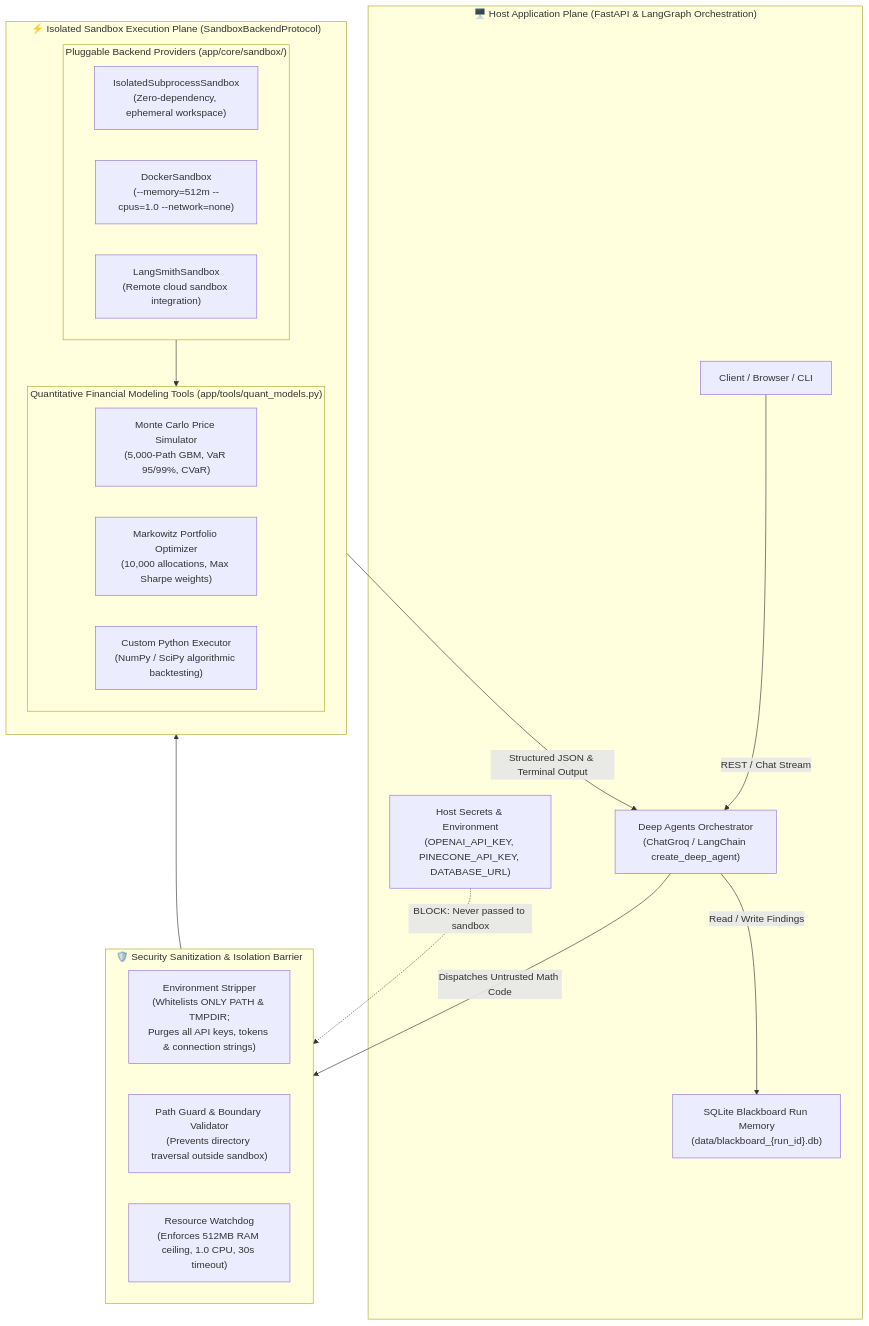
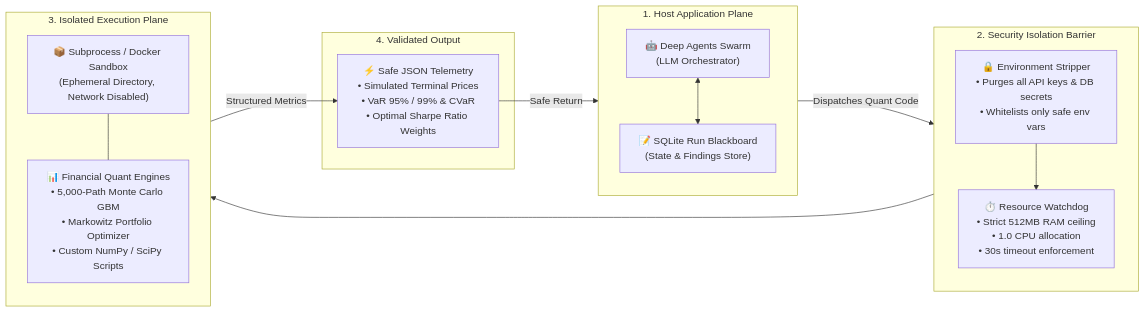
Diagram 14 of 14 in README.md (ambideXtrous9/Langchain-Langgraph-Notebooks), drawn with Mermaid before and after one commit. The commit also changed other lines of this file and 3 other files, not shown here.

Commit message:
docs(readme): simplify system and sandbox architecture diagrams and remove report images

````diff
--- a/README.md
+++ b/README.md
@@ -836,39 +776,32 @@
 ```mermaid
-flowchart TD
-    subgraph HostPlane ["🖥️ Host Application Plane (FastAPI & LangGraph Orchestration)"]
-        User["Client / Browser / CLI"]
-        LLM["Deep Agents Orchestrator\n(ChatGroq / LangChain create_deep_agent)"]
-        Blackboard["SQLite Blackboard Run Memory\n(data/blackboard_{run_id}.db)"]
-        Secrets["Host Secrets & Environment\n(OPENAI_API_KEY, PINECONE_API_KEY, DATABASE_URL)"]
+flowchart LR
+    subgraph Host ["1. Host Application Plane"]
+        direction TB
+        Agent["🤖 Deep Agents Swarm\n(LLM Orchestrator)"]
+        Blackboard["📝 SQLite Run Blackboard\n(State & Findings Store)"]
+        Agent <--> Blackboard
     end
 
-    subgraph SecurityFilter ["🛡️ Security Sanitization & Isolation Barrier"]
-        EnvStrip["Environment Stripper\n(Whitelists ONLY PATH & TMPDIR;\nPurges all API keys, tokens & connection strings)"]
-        PathGuard["Path Guard & Boundary Validator\n(Prevents directory traversal outside sandbox)"]
-        ResourceGuard["Resource Watchdog\n(Enforces 512MB RAM ceiling, 1.0 CPU, 30s timeout)"]
+    subgraph Security ["2. Security Isolation Barrier"]
+        direction TB
+        Sanitizer["🔒 Environment Stripper\n• Purges all API keys & DB secrets\n• Whitelists only safe env vars"]
+        Watchdog["⏱️ Resource Watchdog\n• Strict 512MB RAM ceiling\n• 1.0 CPU allocation\n• 30s timeout enforcement"]
+        Sanitizer --> Watchdog
     end
 
-    subgraph SandboxPlane ["⚡ Isolated Sandbox Execution Plane (SandboxBackendProtocol)"]
+    subgraph SandboxPlane ["3. Isolated Execution Plane"]
         direction TB
-        subgraph Providers ["Pluggable Backend Providers (app/core/sandbox/)"]
-            Subproc["IsolatedSubprocessSandbox\n(Zero-dependency, ephemeral workspace)"]
-            Docker["DockerSandbox\n(--memory=512m --cpus=1.0 --network=none)"]
-            Cloud["LangSmithSandbox\n(Remote cloud sandbox integration)"]
-        end
-        
-        subgraph QuantTools ["Quantitative Financial Modeling Tools (app/tools/quant_models.py)"]
-            MC["Monte Carlo Price Simulator\n(5,000-Path GBM, VaR 95/99%, CVaR)"]
-            Markowitz["Markowitz Portfolio Optimizer\n(10,000 allocations, Max Sharpe weights)"]
-            CustomPy["Custom Python Executor\n(NumPy / SciPy algorithmic backtesting)"]
-        end
+        Provider["📦 Subprocess / Docker Sandbox\n(Ephemeral Directory, Network Disabled)"]
+        Quant["📊 Financial Quant Engines\n• 5,000-Path Monte Carlo GBM\n• Markowitz Portfolio Optimizer\n• Custom NumPy / SciPy Scripts"]
+        Provider --- Quant
     end
 
-    User -->|REST / Chat Stream| LLM
-    LLM -->|Read / Write Findings| Blackboard
-    LLM -->|Dispatches Untrusted Math Code| SecurityFilter
-    Secrets -.->|BLOCK: Never passed to sandbox| SecurityFilter
-    
-    SecurityFilter --> Providers
-    Providers --> QuantTools
-    QuantTools -->|Structured JSON & Terminal Output| LLM
+    subgraph Results ["4. Validated Output"]
+        JSON["⚡ Safe JSON Telemetry\n• Simulated Terminal Prices\n• VaR 95% / 99% & CVaR\n• Optimal Sharpe Ratio Weights"]
+    end
+
+    Agent -->|Dispatches Quant Code| Sanitizer
+    Watchdog --> Provider
+    Quant -->|Structured Metrics| JSON
+    JSON -->|Safe Return| Agent
 ```
````
